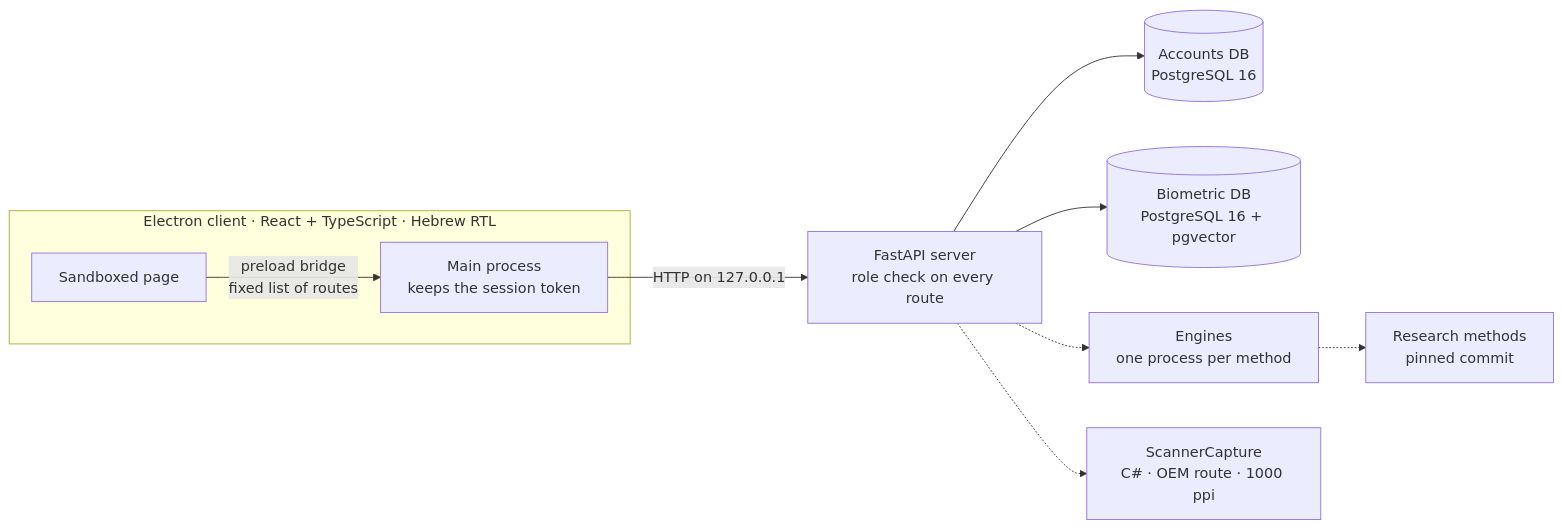
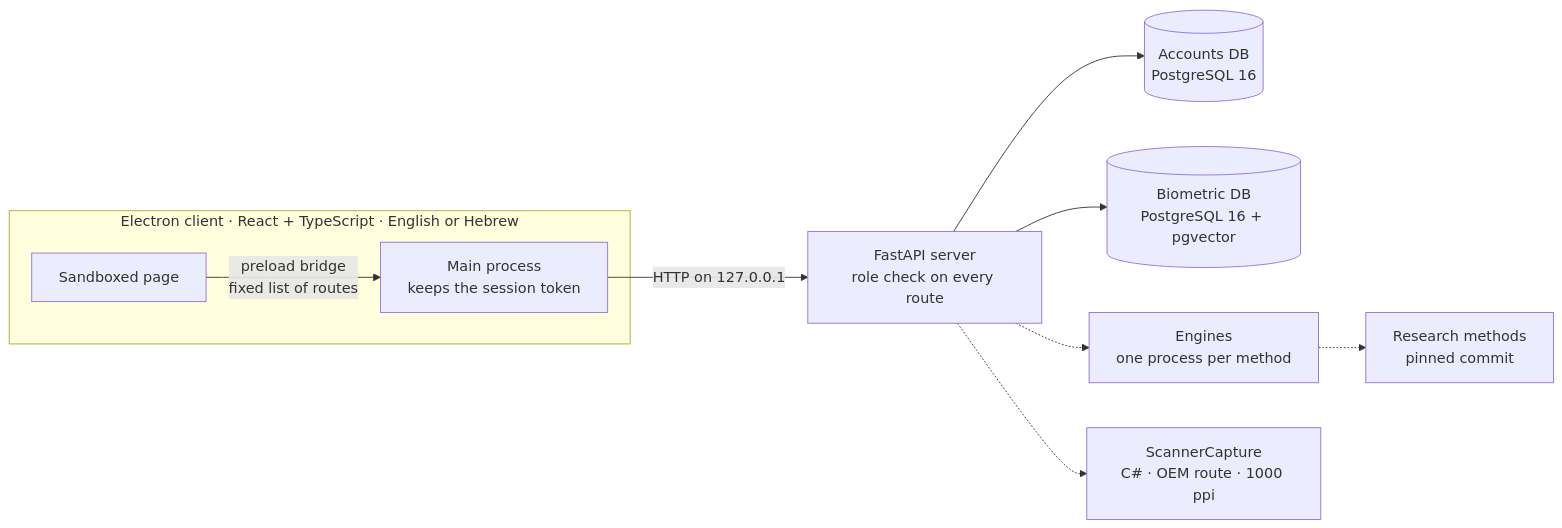
The diagram in README.md (Mish2000/multimodal-biometric-system), drawn with Mermaid before and after one commit. The commit also changed other lines of this file and 44 other files, not shown here.

````diff
--- a/README.md
+++ b/README.md
@@ -126,12 +126,12 @@
 ```mermaid
 flowchart LR
-  subgraph client["Electron client · React + TypeScript · Hebrew RTL"]
+  subgraph client["Electron client · React + TypeScript · English or Hebrew"]
     page["Sandboxed page"] -- "preload bridge<br/>fixed list of routes" --> main["Main process<br/>keeps the session token"]
   end
   main -- "HTTP on 127.0.0.1" --> api["FastAPI server<br/>role check on every route"]
   api --> acc[("Accounts DB<br/>PostgreSQL 16")]
   api --> bio[("Biometric DB<br/>PostgreSQL 16 + pgvector")]
   api -.-> eng["Engines<br/>one process per method"]
   api -.-> scan["ScannerCapture<br/>C# · OEM route · 1000 ppi"]
   eng -.-> research["Research methods<br/>pinned commit"]
 ```
````
